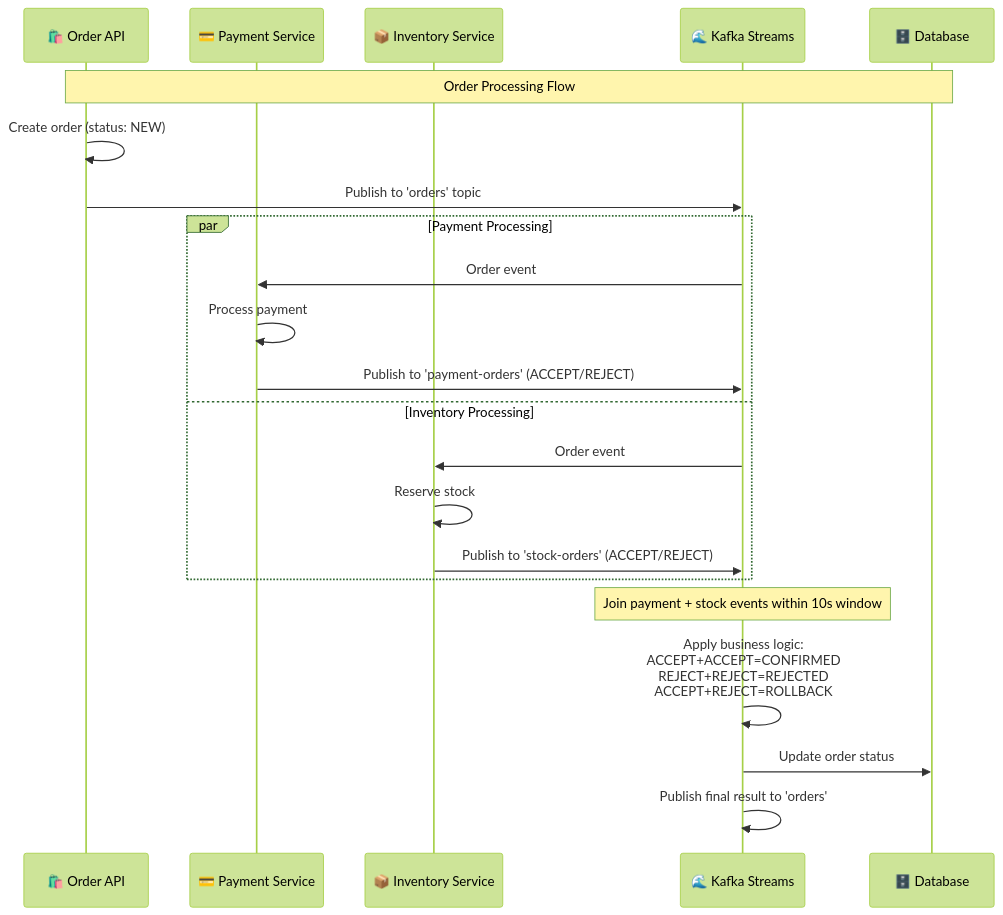
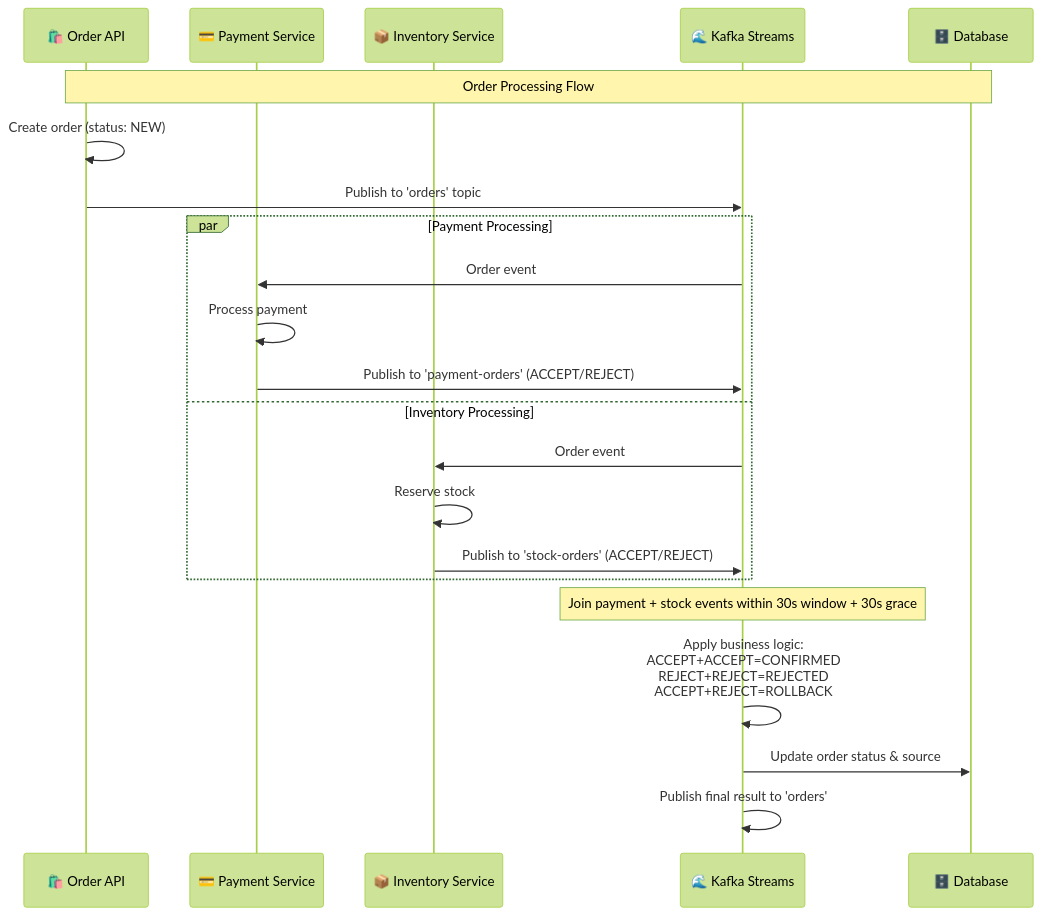
One commit to rajadilipkolli/spring-boot-microservices-series-v2 changed the third of 3 diagrams in order-service/docs/kafka-streams/01-fundamentals-and-architecture.md. Above: the diagram before and after it, drawn with Mermaid (forest theme). The commit also changed other lines of this file and 51 other files, not shown here.

````diff
--- a/order-service/docs/kafka-streams/01-fundamentals-and-architecture.md
+++ b/order-service/docs/kafka-streams/01-fundamentals-and-architecture.md
@@ -274,30 +274,30 @@
 ```mermaid
 sequenceDiagram
     participant API as 🛍️ Order API
     participant Payment as 💳 Payment Service
     participant Inventory as 📦 Inventory Service
     participant Streams as 🌊 Kafka Streams
     participant DB as 🗄️ Database
     
     Note over API, DB: Order Processing Flow
     
     API->>API: Create order (status: NEW)
     API->>Streams: Publish to 'orders' topic
     
     par Payment Processing
         Streams->>Payment: Order event
         Payment->>Payment: Process payment
         Payment->>Streams: Publish to 'payment-orders' (ACCEPT/REJECT)
     and Inventory Processing
         Streams->>Inventory: Order event
         Inventory->>Inventory: Reserve stock
         Inventory->>Streams: Publish to 'stock-orders' (ACCEPT/REJECT)
     end
     
-    Note over Streams: Join payment + stock events within 10s window
+    Note over Streams: Join payment + stock events within 30s window + 30s grace
     
     Streams->>Streams: Apply business logic:<br/>ACCEPT+ACCEPT=CONFIRMED<br/>REJECT+REJECT=REJECTED<br/>ACCEPT+REJECT=ROLLBACK
     
-    Streams->>DB: Update order status
+    Streams->>DB: Update order status & source
     Streams->>Streams: Publish final result to 'orders'
 ```
````
